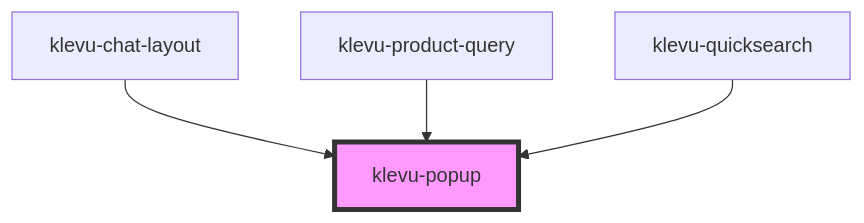
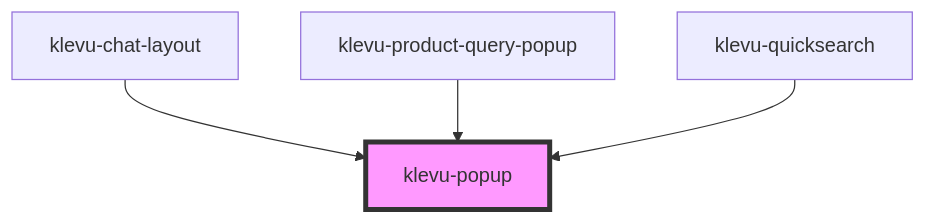
One commit to klevultd/frontend-sdk changed the diagram in packages/klevu-ui/src/components/klevu-popup/readme.md. Above: the diagram before and after it, drawn with Mermaid. The commit also changed other lines of this file and 22 other files, not shown here.

````diff
--- a/packages/klevu-ui/src/components/klevu-popup/readme.md
+++ b/packages/klevu-ui/src/components/klevu-popup/readme.md
@@ -82,7 +82,7 @@
 ```mermaid
 graph TD;
   klevu-chat-layout --> klevu-popup
-  klevu-product-query --> klevu-popup
+  klevu-product-query-popup --> klevu-popup
   klevu-quicksearch --> klevu-popup
   style klevu-popup fill:#f9f,stroke:#333,stroke-width:4px
 ```
````
